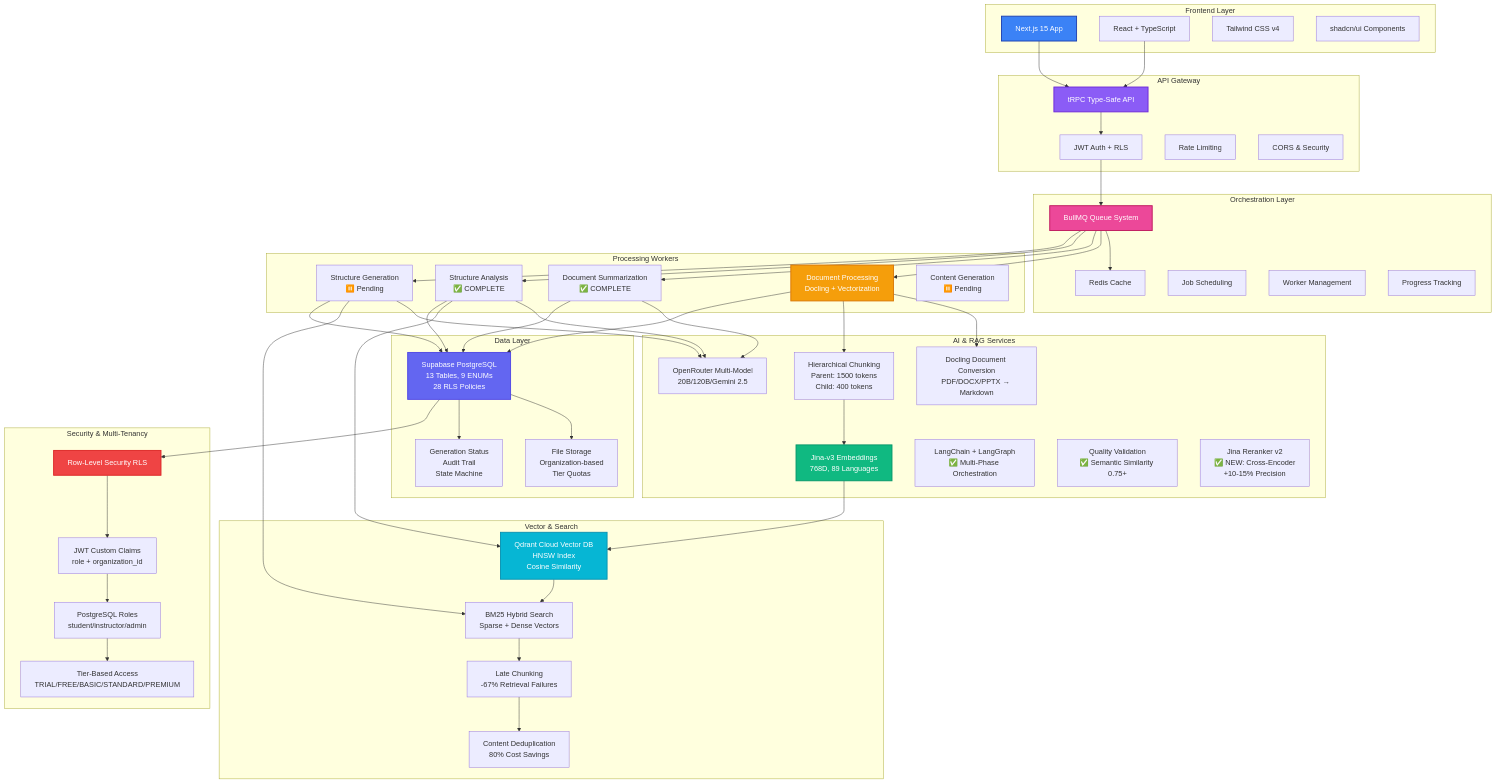
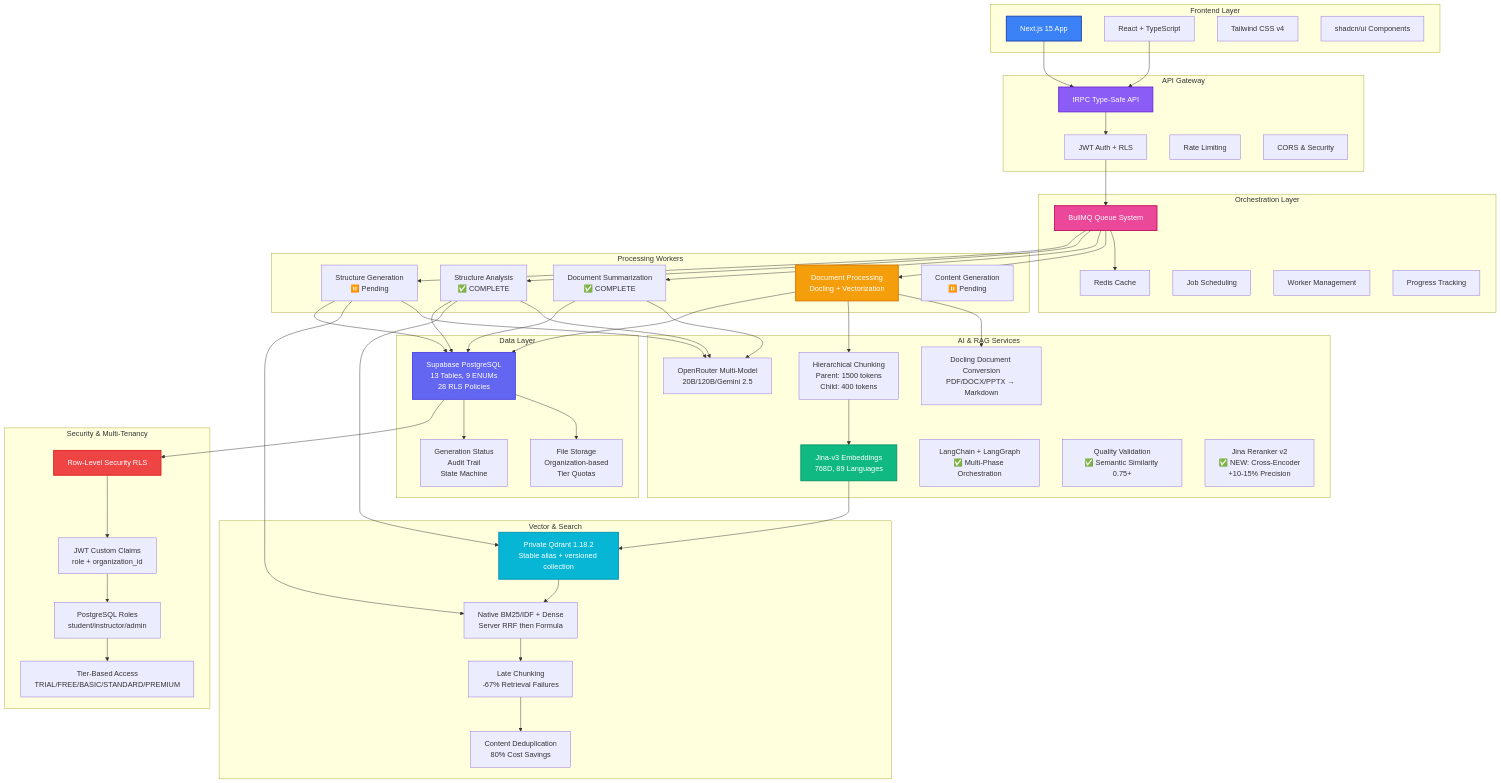
Before and after one commit to maslennikov-ig/MC-2: the first of 10 diagrams in docs/ARCHITECTURE-DIAGRAM.md, drawn with Mermaid. The commit also changed other lines of this file and 30 other files, not shown here.

```diff
--- a/docs/ARCHITECTURE-DIAGRAM.md
+++ b/docs/ARCHITECTURE-DIAGRAM.md
@@ -60,8 +60,8 @@
     end
 
     subgraph "Vector & Search"
-        VS1[Qdrant Cloud Vector DB<br/>HNSW Index<br/>Cosine Similarity]
-        VS2[BM25 Hybrid Search<br/>Sparse + Dense Vectors]
+        VS1[Private Qdrant 1.18.2<br/>Stable alias + versioned collection]
+        VS2[Native BM25/IDF + Dense<br/>Server RRF then Formula]
         VS3[Late Chunking<br/>-67% Retrieval Failures]
         VS4[Content Deduplication<br/>80% Cost Savings]
     end
```
